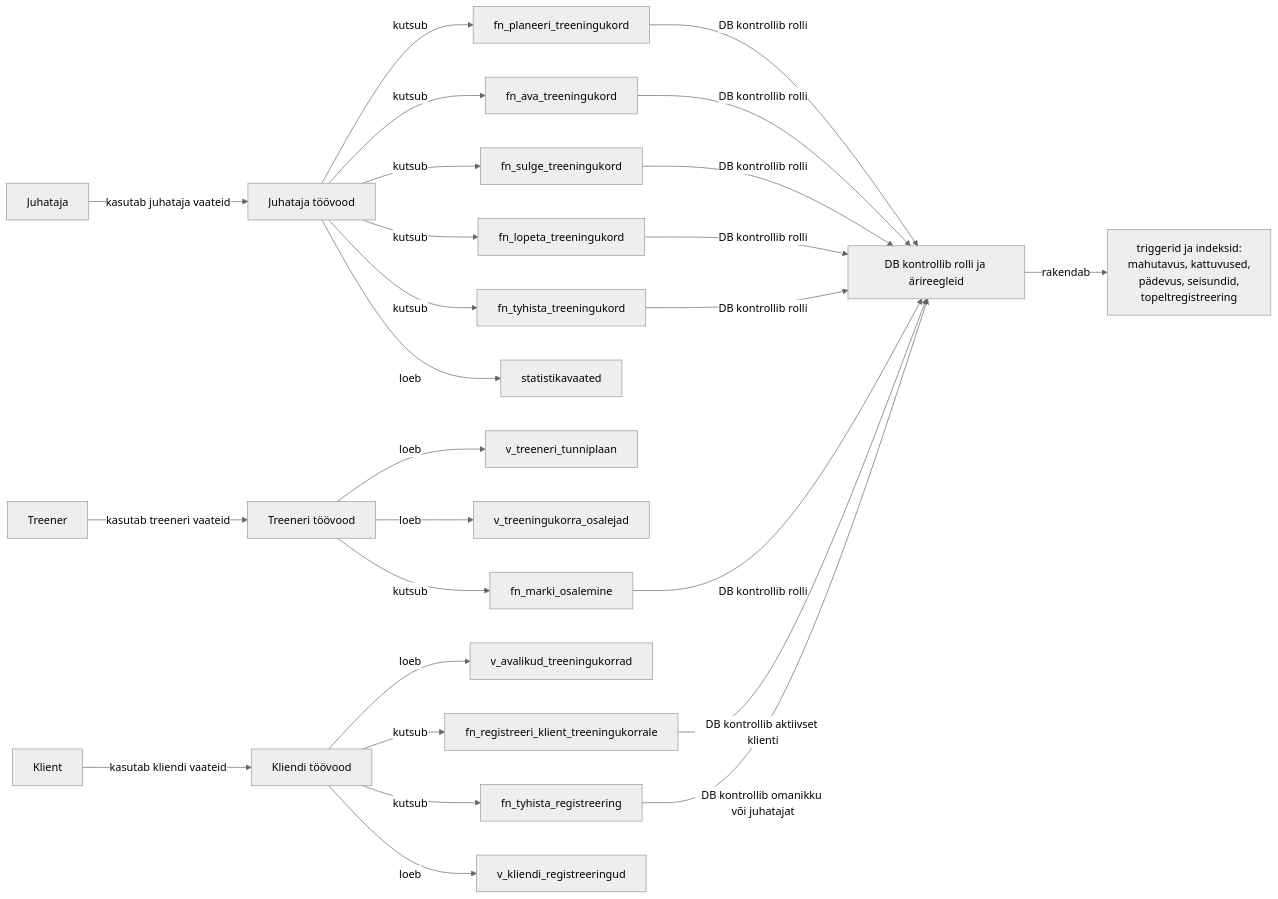
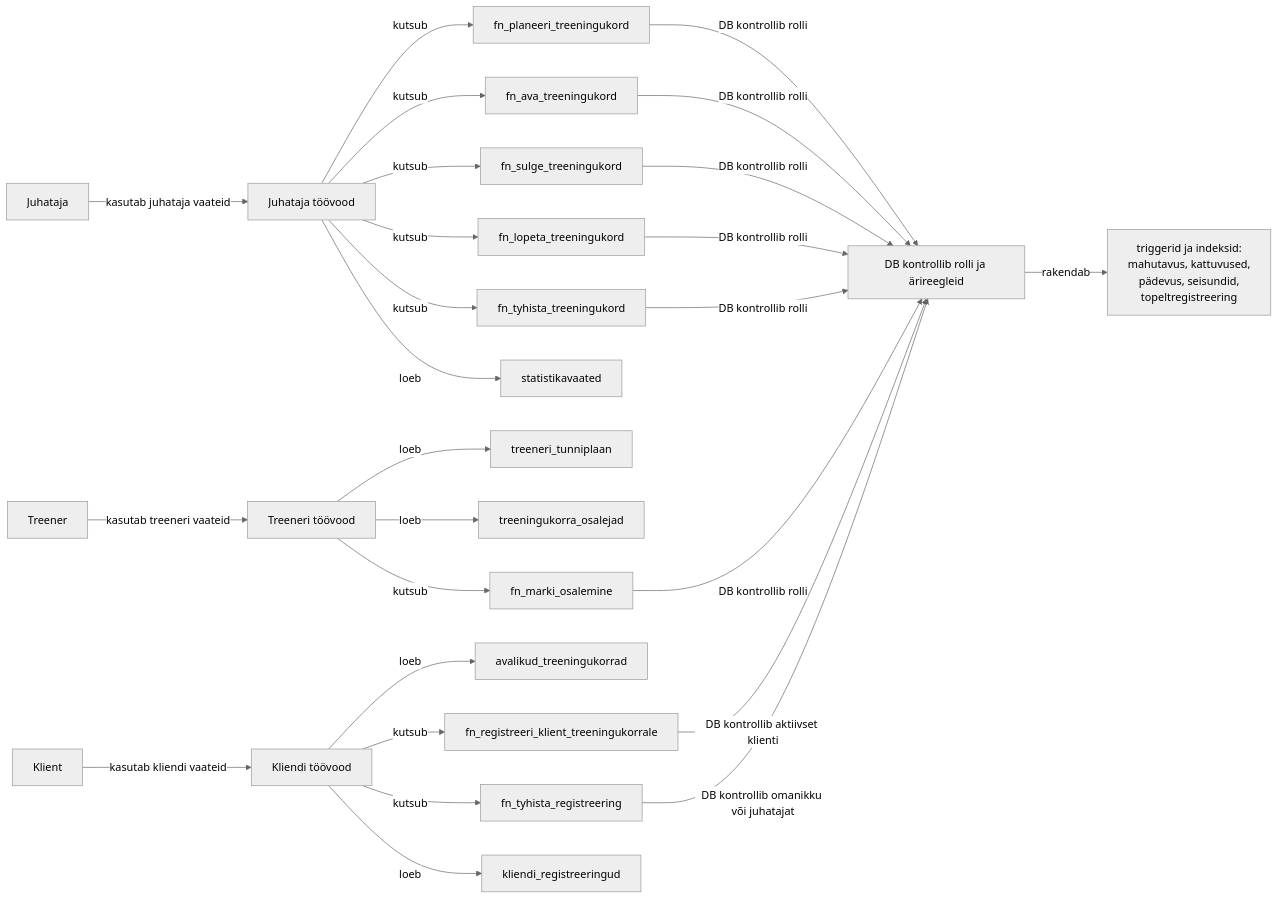
One commit to tamkivi/andmebaasid-projekt changed the diagram in diagrams/08_permission_flow.mmd. Above: the diagram before and after it, drawn with Mermaid (neutral theme). The commit also changed 29 other files, not shown here.

```diff
--- a/diagrams/08_permission_flow.mmd
+++ b/diagrams/08_permission_flow.mmd
@@ -1,31 +1,31 @@
 flowchart LR
     JUH["Juhataja"] -->|"kasutab juhataja vaateid"| MGR["Juhataja töövood"]
     TRE["Treener"] -->|"kasutab treeneri vaateid"| TRN["Treeneri töövood"]
     KLI["Klient"] -->|"kasutab kliendi vaateid"| CLI["Kliendi töövood"]
 
     MGR -->|"kutsub"| FP["fn_planeeri_treeningukord"]
     MGR -->|"kutsub"| FA["fn_ava_treeningukord"]
     MGR -->|"kutsub"| FS["fn_sulge_treeningukord"]
     MGR -->|"kutsub"| FL["fn_lopeta_treeningukord"]
     MGR -->|"kutsub"| FT["fn_tyhista_treeningukord"]
     MGR -->|"loeb"| STAT["statistikavaated"]
 
-    TRN -->|"loeb"| TV["v_treeneri_tunniplaan"]
-    TRN -->|"loeb"| RO["v_treeningukorra_osalejad"]
+    TRN -->|"loeb"| TV["treeneri_tunniplaan"]
+    TRN -->|"loeb"| RO["treeningukorra_osalejad"]
     TRN -->|"kutsub"| FO["fn_marki_osalemine"]
 
-    CLI -->|"loeb"| AV["v_avalikud_treeningukorrad"]
+    CLI -->|"loeb"| AV["avalikud_treeningukorrad"]
     CLI -->|"kutsub"| FR["fn_registreeri_klient_treeningukorrale"]
     CLI -->|"kutsub"| FC["fn_tyhista_registreering"]
-    CLI -->|"loeb"| KV["v_kliendi_registreeringud"]
+    CLI -->|"loeb"| KV["kliendi_registreeringud"]
 
     FP -->|"DB kontrollib rolli"| DBVAL["DB kontrollib rolli ja ärireegleid"]
     FA -->|"DB kontrollib rolli"| DBVAL
     FS -->|"DB kontrollib rolli"| DBVAL
     FL -->|"DB kontrollib rolli"| DBVAL
     FT -->|"DB kontrollib rolli"| DBVAL
     FO -->|"DB kontrollib rolli"| DBVAL
     FR -->|"DB kontrollib aktiivset klienti"| DBVAL
     FC -->|"DB kontrollib omanikku või juhatajat"| DBVAL
 
     DBVAL -->|"rakendab"| INV["triggerid ja indeksid:\nmahutavus, kattuvused,\npädevus, seisundid,\ntopeltregistreering"]
```
